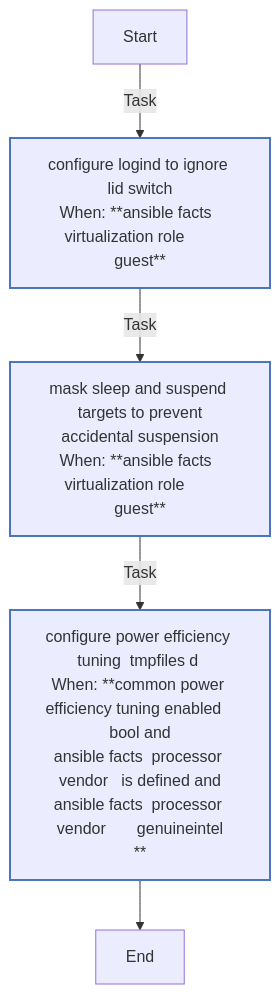
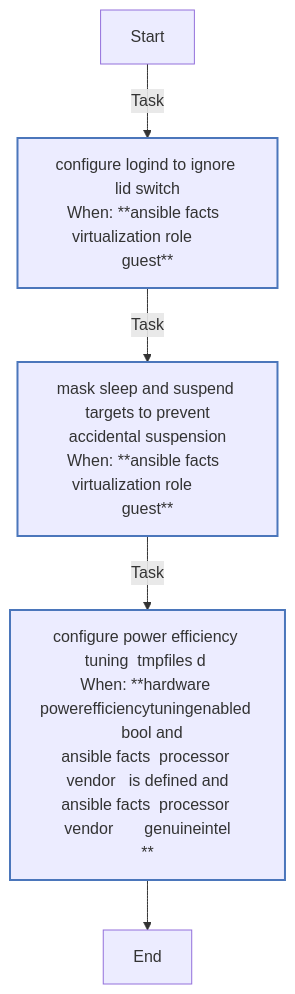
One commit to rou-cru/k3s-homelab changed the seventh of 8 diagrams in roles/common/README.md. Above: the diagram before and after it, drawn with Mermaid. The commit also changed other lines of this file and 57 other files, not shown here.

````diff
--- a/roles/common/README.md
+++ b/roles/common/README.md
@@ -552,17 +552,17 @@
 ```mermaid
 flowchart TD
 Start
 classDef block stroke:#3498db,stroke-width:2px;
 classDef task stroke:#4b76bb,stroke-width:2px;
 classDef includeTasks stroke:#16a085,stroke-width:2px;
 classDef importTasks stroke:#34495e,stroke-width:2px;
 classDef includeRole stroke:#2980b9,stroke-width:2px;
 classDef importRole stroke:#699ba7,stroke-width:2px;
 classDef includeVars stroke:#8e44ad,stroke-width:2px;
 classDef rescue stroke:#665352,stroke-width:2px;
 
   Start-->|Task| Configure_logind_to_ignore_Lid_Switch0[configure logind to ignore lid switch<br>When: **ansible facts  virtualization role       guest**]:::task
   Configure_logind_to_ignore_Lid_Switch0-->|Task| Mask_sleep_and_suspend_targets_to_prevent_accidental_suspension1[mask sleep and suspend targets to prevent<br>accidental suspension<br>When: **ansible facts  virtualization role       guest**]:::task
-  Mask_sleep_and_suspend_targets_to_prevent_accidental_suspension1-->|Task| Configure_Power_Efficiency_Tuning__tmpfiles_d_2[configure power efficiency tuning  tmpfiles d <br>When: **common power efficiency tuning enabled   bool and<br>ansible facts  processor vendor   is defined and<br>ansible facts  processor vendor       genuineintel<br>**]:::task
+  Mask_sleep_and_suspend_targets_to_prevent_accidental_suspension1-->|Task| Configure_Power_Efficiency_Tuning__tmpfiles_d_2[configure power efficiency tuning  tmpfiles d <br>When: **hardware powerefficiencytuningenabled   bool and<br>ansible facts  processor vendor   is defined and<br>ansible facts  processor vendor       genuineintel<br>**]:::task
   Configure_Power_Efficiency_Tuning__tmpfiles_d_2-->End
 ```
````
